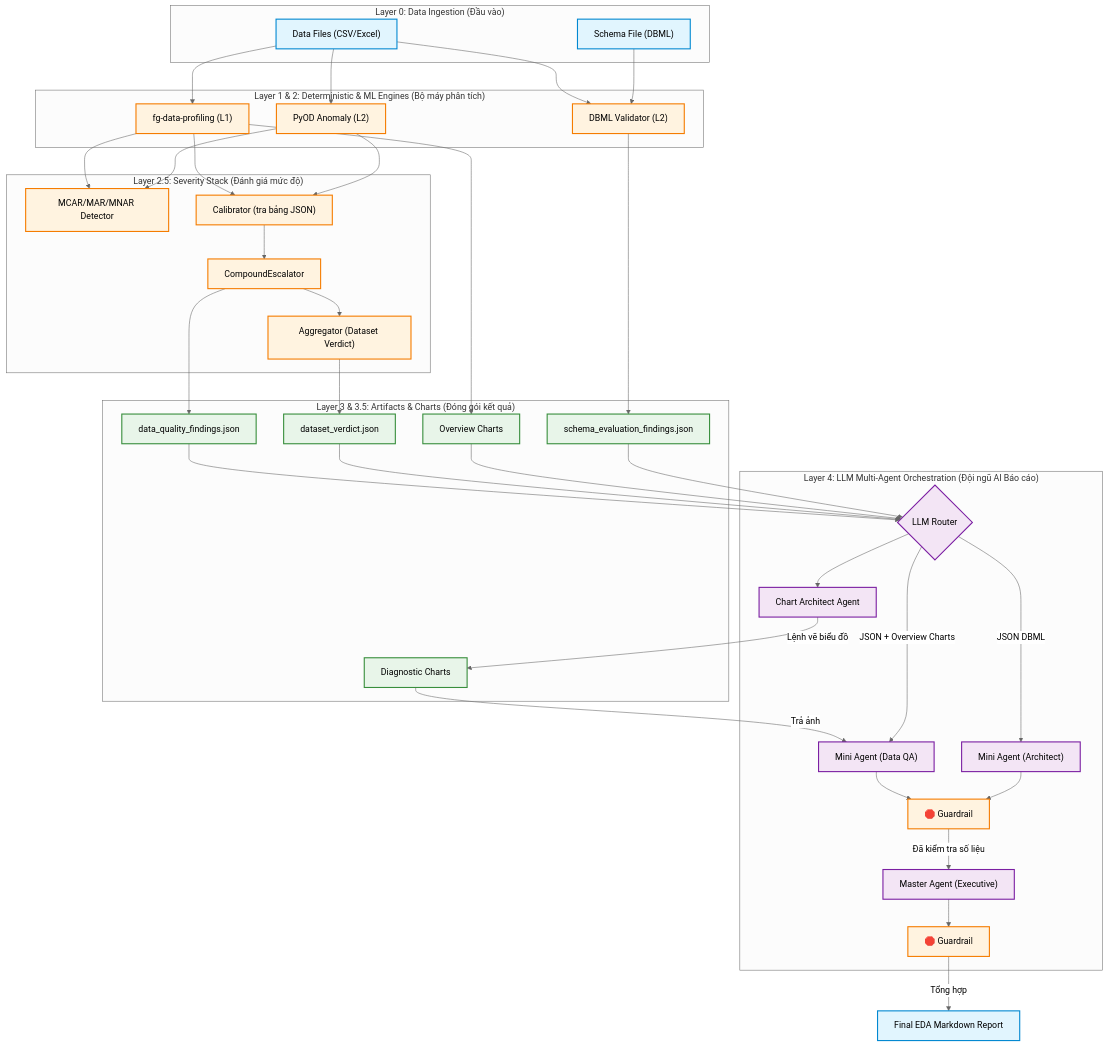
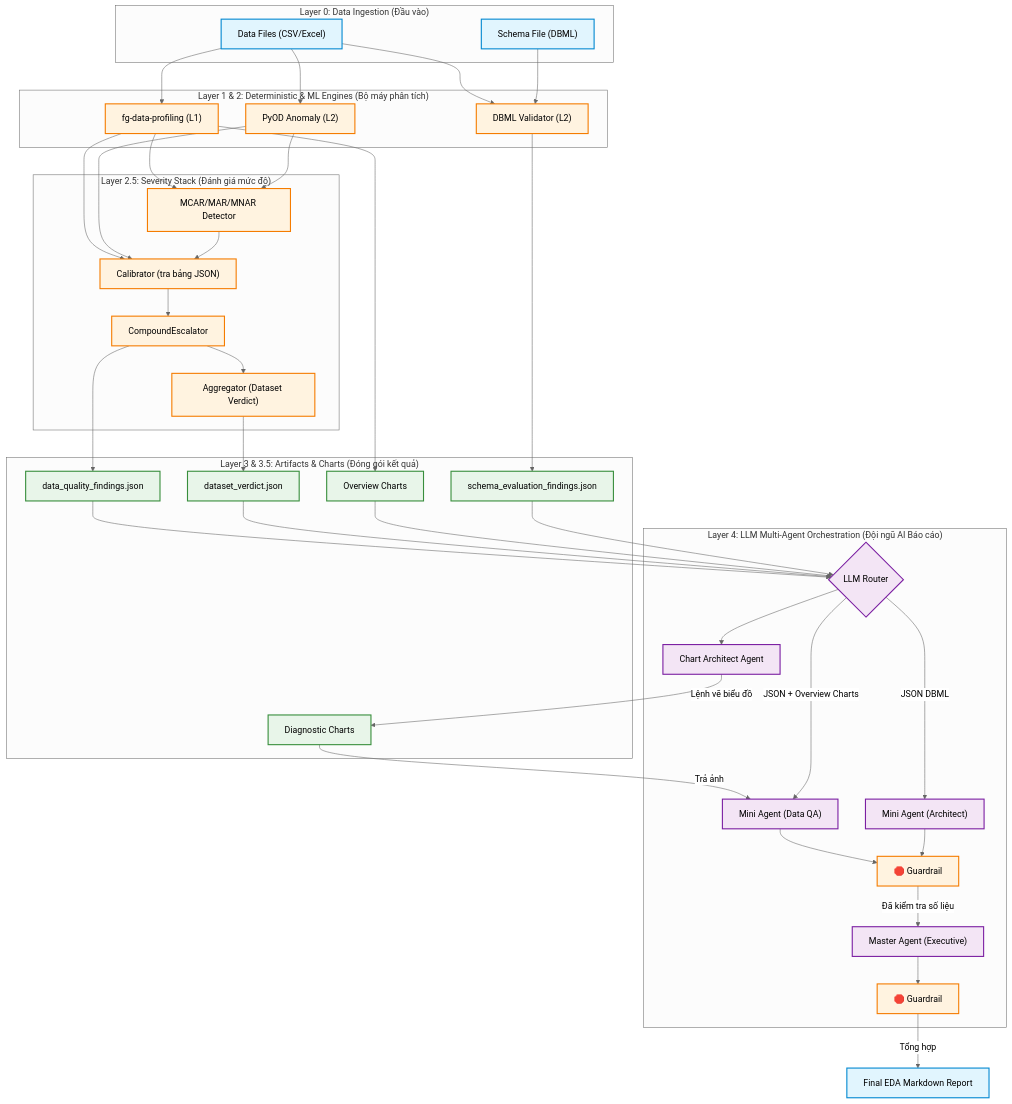
The diagram in docs/system_architecture_design.md (nhantpv/Auto-Data-Profiling-Smart-EDA-Report-Tool), drawn with Mermaid (neutral theme) before and after one commit. The commit also changed other lines of this file and 2 other files, not shown here.

Commit message:
fix architecture

````diff
--- a/docs/system_architecture_design.md
+++ b/docs/system_architecture_design.md
@@ -23,76 +23,78 @@
 ```mermaid
 graph TD
     classDef input fill:#e1f5fe,stroke:#0288d1,stroke-width:2px;
     classDef engine fill:#fff3e0,stroke:#f57c00,stroke-width:2px;
     classDef artifact fill:#e8f5e9,stroke:#388e3c,stroke-width:2px;
     classDef agent fill:#f3e5f5,stroke:#7b1fa2,stroke-width:2px;
 
     %% INPUT
     subgraph L0 ["Layer 0: Data Ingestion (Đầu vào)"]
         D1["Data Files (CSV/Excel)"]:::input
         S1["Schema File (DBML)"]:::input
     end
 
     %% ENGINES (L1 & L2)
     subgraph L1_L2 ["Layer 1 & 2: Deterministic & ML Engines (Bộ máy phân tích)"]
         E1["fg-data-profiling (L1)"]:::engine
         E2["PyOD Anomaly (L2)"]:::engine
         E3["DBML Validator (L2)"]:::engine
     end
 
     D1 --> E1
     D1 --> E2
     D1 & S1 --> E3
 
     %% SEVERITY STACK (L2.5)
     subgraph L2_5 ["Layer 2.5: Severity Stack (Đánh giá mức độ)"]
         SS1["MCAR/MAR/MNAR Detector"]:::engine
         SS2["Calibrator (tra bảng JSON)"]:::engine
         SS3["CompoundEscalator"]:::engine
         SS4["Aggregator (Dataset Verdict)"]:::engine
     end
 
-    E1 & E2 --> SS1 & SS2
+    E1 & E2 --> SS1
+    E1 & E2 --> SS2
+    SS1 --> SS2
     SS2 --> SS3
     SS3 --> SS4
 
     %% ONTOLOGY (L3 & L3.5)
     subgraph L3 ["Layer 3 & 3.5: Artifacts & Charts (Đóng gói kết quả)"]
         J1["data_quality_findings.json"]:::artifact
         J2["schema_evaluation_findings.json"]:::artifact
         J3["dataset_verdict.json"]:::artifact
         C1["Overview Charts"]:::artifact
         C2["Diagnostic Charts"]:::artifact
     end
 
     SS3 --> J1
     E3 --> J2
     SS4 --> J3
     E1 --> C1
 
     %% LLM REPORTING (L4)
     subgraph L4 ["Layer 4: LLM Multi-Agent Orchestration (Đội ngũ AI Báo cáo)"]
         R1{"LLM Router"}:::agent
         CA["Chart Architect Agent"]:::agent
         A1["Mini Agent (Data QA)"]:::agent
         A2["Mini Agent (Architect)"]:::agent
         G1["🛑 Guardrail"]:::engine
         M1["Master Agent (Executive)"]:::agent
         G2["🛑 Guardrail"]:::engine
     end
 
     J1 & J3 & C1 --> R1
     J2 --> R1
     
     R1 --> CA
     CA -->|"Lệnh vẽ biểu đồ"| C2
     C2 -->|"Trả ảnh"| A1
     
     R1 -->|"JSON + Overview Charts"| A1
     R1 -->|"JSON DBML"| A2
     
     A1 & A2 --> G1
     G1 -->|"Đã kiểm tra số liệu"| M1
     M1 --> G2
     G2 -->|"Tổng hợp"| OUT["Final EDA Markdown Report"]:::input
 ```
````
